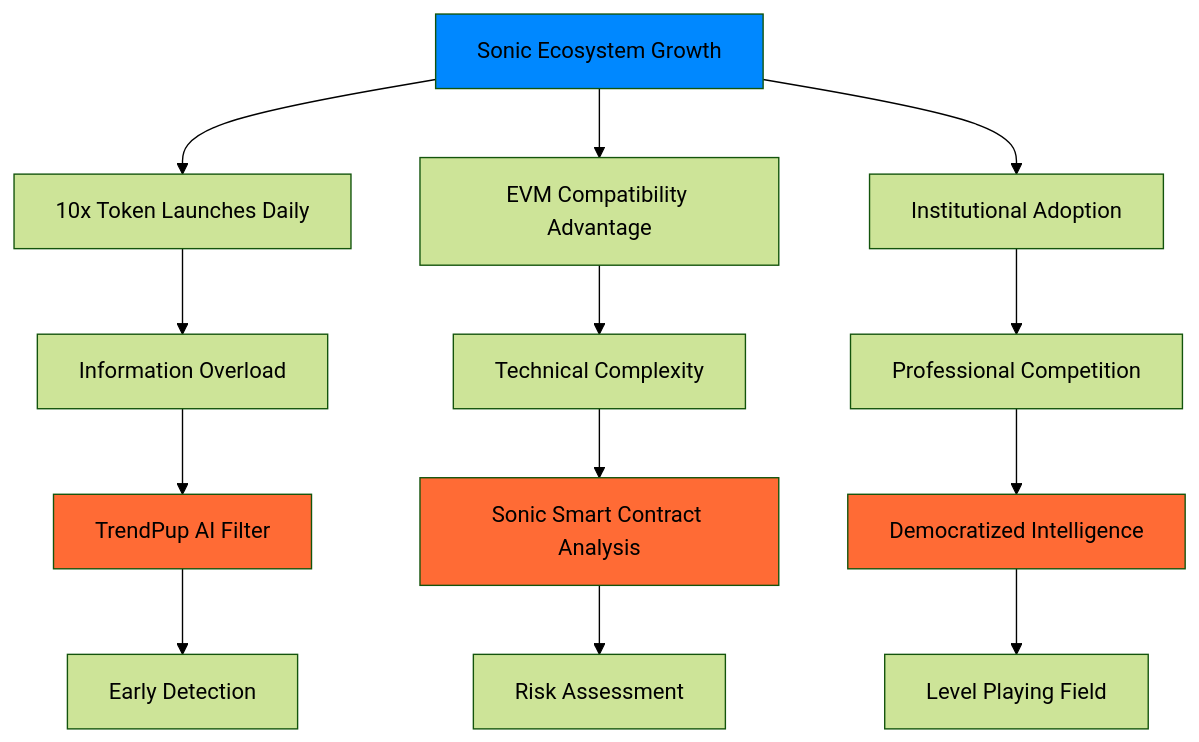
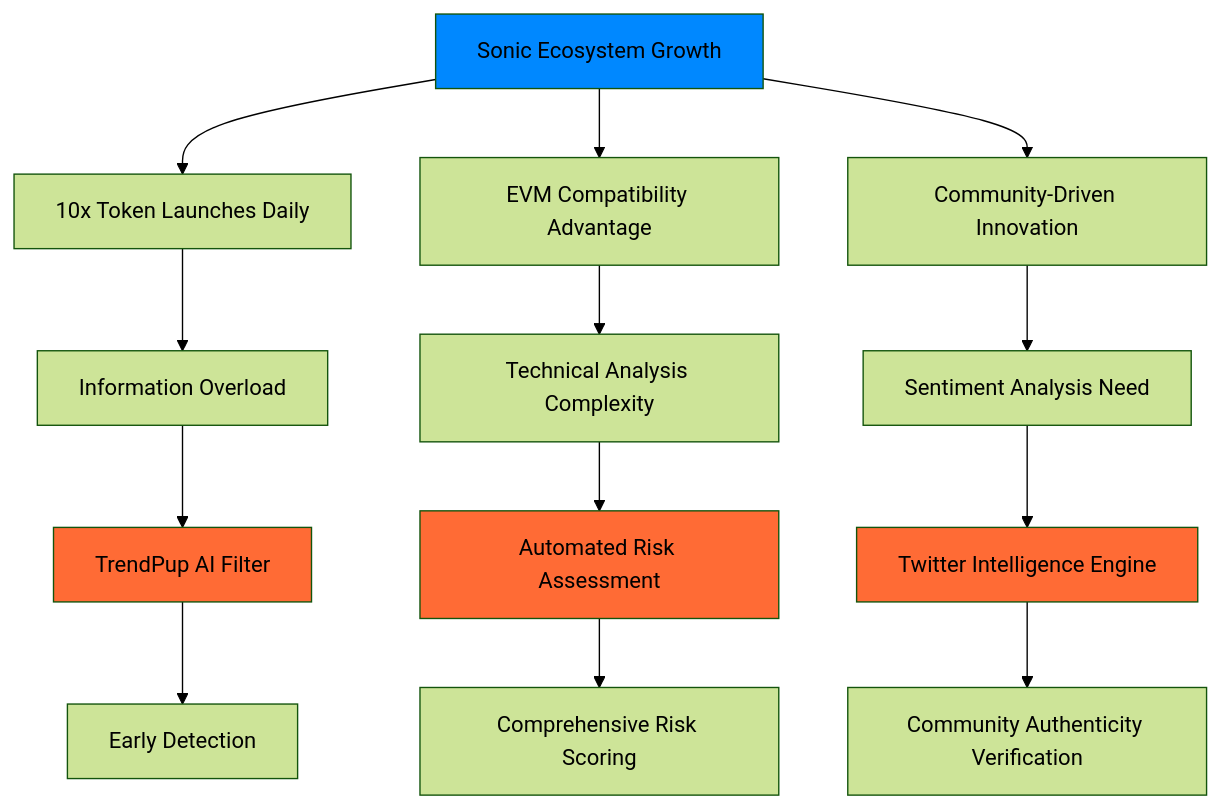
The third of 8 diagrams in README.md (Spydiecy/Trendpup_Sonic), drawn with Mermaid (forest theme) before and after one commit. The commit also changed other lines of this file and 1 other file, not shown here.

````diff
--- a/README.md
+++ b/README.md
@@ -318,23 +283,23 @@
 ```mermaid
 graph TD
     A[Sonic Ecosystem Growth] --> B[10x Token Launches Daily]
     A --> C[EVM Compatibility Advantage]
-    A --> D[Institutional Adoption]
+    A --> D[Community-Driven Innovation]
     
     B --> E[Information Overload]
-    C --> F[Technical Complexity]
-    D --> G[Professional Competition]
+    C --> F[Technical Analysis Complexity]
+    D --> G[Sentiment Analysis Need]
     
     E --> H[TrendPup AI Filter]
-    F --> I[Sonic Smart Contract Analysis]
-    G --> J[Democratized Intelligence]
+    F --> I[Automated Risk Assessment]
+    G --> J[Twitter Intelligence Engine]
     
     H --> K[Early Detection]
-    I --> L[Risk Assessment]
-    J --> M[Level Playing Field]
+    I --> L[Comprehensive Risk Scoring]
+    J --> M[Community Authenticity Verification]
     
     style A fill:#0088ff
     style H fill:#ff6b35
     style I fill:#ff6b35
     style J fill:#ff6b35
 ```
````
